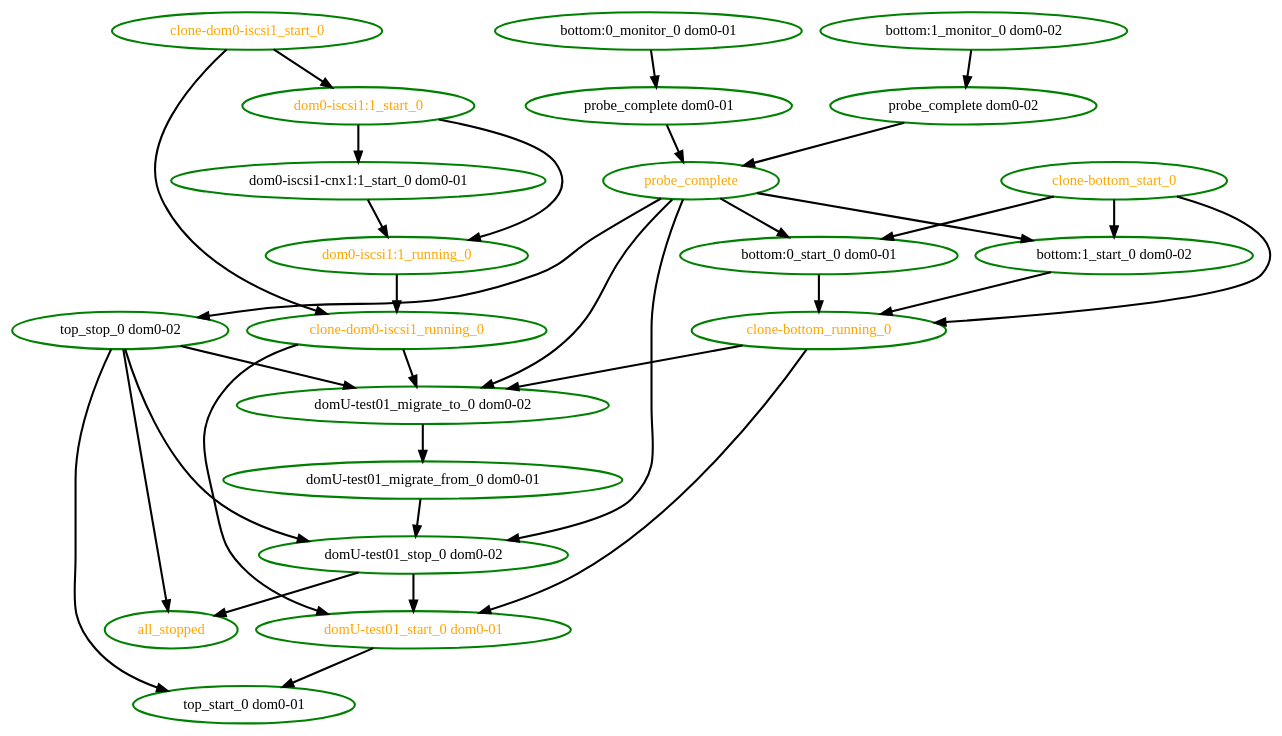
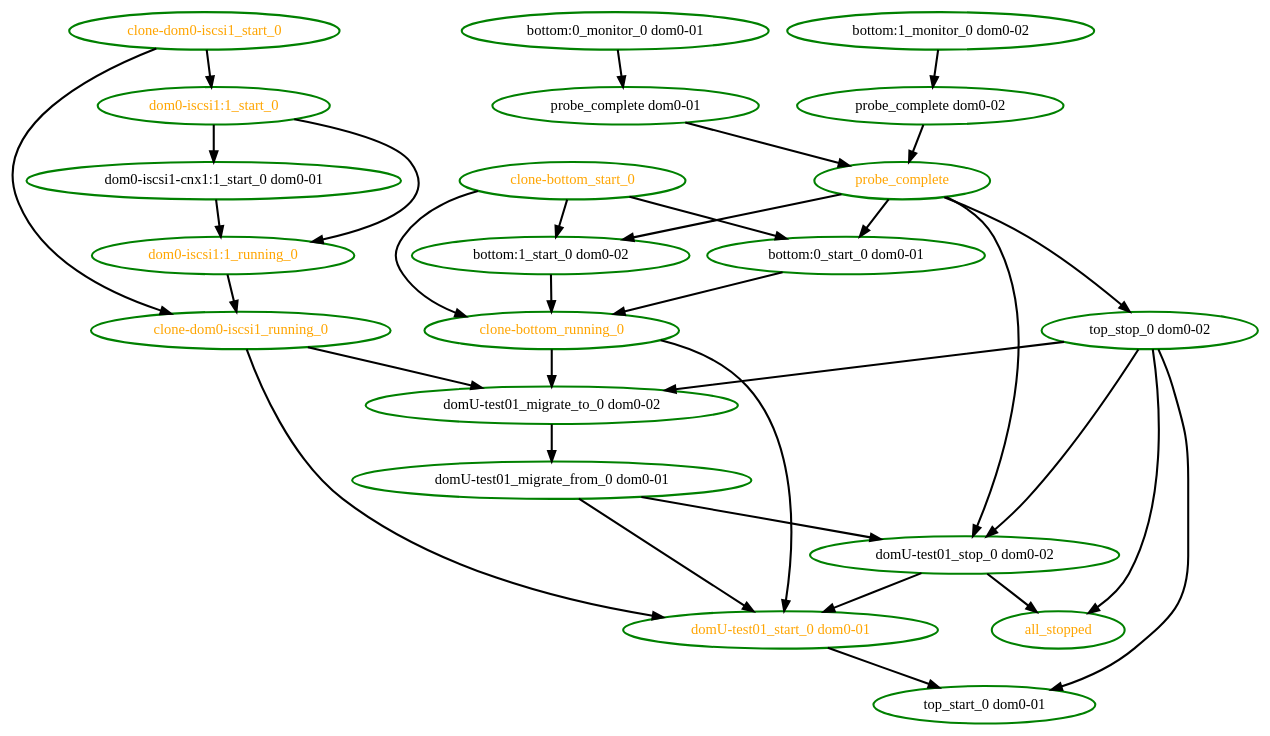
Before and after one commit to ClusterLabs/pacemaker: the diagram in pengine/test10/migrate-start-complex.dot, drawn with Graphviz. The commit also changed 64 other files, not shown here.

```diff
--- a/pengine/test10/migrate-start-complex.dot
+++ b/pengine/test10/migrate-start-complex.dot
@@ -1,56 +1,56 @@
 digraph "g" {
 "all_stopped" [ style=bold color="green" fontcolor="orange" ]
 "bottom:0_monitor_0 dom0-01" -> "probe_complete dom0-01" [ style = bold]
 "bottom:0_monitor_0 dom0-01" [ style=bold color="green" fontcolor="black" ]
 "bottom:0_start_0 dom0-01" -> "clone-bottom_running_0" [ style = bold]
 "bottom:0_start_0 dom0-01" [ style=bold color="green" fontcolor="black" ]
 "bottom:1_monitor_0 dom0-02" -> "probe_complete dom0-02" [ style = bold]
 "bottom:1_monitor_0 dom0-02" [ style=bold color="green" fontcolor="black" ]
 "bottom:1_start_0 dom0-02" -> "clone-bottom_running_0" [ style = bold]
 "bottom:1_start_0 dom0-02" [ style=bold color="green" fontcolor="black" ]
 "clone-bottom_running_0" -> "domU-test01_migrate_to_0 dom0-02" [ style = bold]
 "clone-bottom_running_0" -> "domU-test01_start_0 dom0-01" [ style = bold]
 "clone-bottom_running_0" [ style=bold color="green" fontcolor="orange" ]
 "clone-bottom_start_0" -> "bottom:0_start_0 dom0-01" [ style = bold]
 "clone-bottom_start_0" -> "bottom:1_start_0 dom0-02" [ style = bold]
 "clone-bottom_start_0" -> "clone-bottom_running_0" [ style = bold]
 "clone-bottom_start_0" [ style=bold color="green" fontcolor="orange" ]
 "clone-dom0-iscsi1_running_0" -> "domU-test01_migrate_to_0 dom0-02" [ style = bold]
 "clone-dom0-iscsi1_running_0" -> "domU-test01_start_0 dom0-01" [ style = bold]
 "clone-dom0-iscsi1_running_0" [ style=bold color="green" fontcolor="orange" ]
 "clone-dom0-iscsi1_start_0" -> "clone-dom0-iscsi1_running_0" [ style = bold]
 "clone-dom0-iscsi1_start_0" -> "dom0-iscsi1:1_start_0" [ style = bold]
 "clone-dom0-iscsi1_start_0" [ style=bold color="green" fontcolor="orange" ]
 "dom0-iscsi1-cnx1:1_start_0 dom0-01" -> "dom0-iscsi1:1_running_0" [ style = bold]
 "dom0-iscsi1-cnx1:1_start_0 dom0-01" [ style=bold color="green" fontcolor="black" ]
 "dom0-iscsi1:1_running_0" -> "clone-dom0-iscsi1_running_0" [ style = bold]
 "dom0-iscsi1:1_running_0" [ style=bold color="green" fontcolor="orange" ]
 "dom0-iscsi1:1_start_0" -> "dom0-iscsi1-cnx1:1_start_0 dom0-01" [ style = bold]
 "dom0-iscsi1:1_start_0" -> "dom0-iscsi1:1_running_0" [ style = bold]
 "dom0-iscsi1:1_start_0" [ style=bold color="green" fontcolor="orange" ]
+"domU-test01_migrate_from_0 dom0-01" -> "domU-test01_start_0 dom0-01" [ style = bold]
 "domU-test01_migrate_from_0 dom0-01" -> "domU-test01_stop_0 dom0-02" [ style = bold]
 "domU-test01_migrate_from_0 dom0-01" [ style=bold color="green" fontcolor="black" ]
 "domU-test01_migrate_to_0 dom0-02" -> "domU-test01_migrate_from_0 dom0-01" [ style = bold]
 "domU-test01_migrate_to_0 dom0-02" [ style=bold color="green" fontcolor="black" ]
 "domU-test01_start_0 dom0-01" -> "top_start_0 dom0-01" [ style = bold]
 "domU-test01_start_0 dom0-01" [ style=bold color="green" fontcolor="orange" ]
 "domU-test01_stop_0 dom0-02" -> "all_stopped" [ style = bold]
 "domU-test01_stop_0 dom0-02" -> "domU-test01_start_0 dom0-01" [ style = bold]
 "domU-test01_stop_0 dom0-02" [ style=bold color="green" fontcolor="black" ]
 "probe_complete dom0-01" -> "probe_complete" [ style = bold]
 "probe_complete dom0-01" [ style=bold color="green" fontcolor="black" ]
 "probe_complete dom0-02" -> "probe_complete" [ style = bold]
 "probe_complete dom0-02" [ style=bold color="green" fontcolor="black" ]
 "probe_complete" -> "bottom:0_start_0 dom0-01" [ style = bold]
 "probe_complete" -> "bottom:1_start_0 dom0-02" [ style = bold]
-"probe_complete" -> "domU-test01_migrate_to_0 dom0-02" [ style = bold]
 "probe_complete" -> "domU-test01_stop_0 dom0-02" [ style = bold]
 "probe_complete" -> "top_stop_0 dom0-02" [ style = bold]
 "probe_complete" [ style=bold color="green" fontcolor="orange" ]
 "top_start_0 dom0-01" [ style=bold color="green" fontcolor="black" ]
 "top_stop_0 dom0-02" -> "all_stopped" [ style = bold]
 "top_stop_0 dom0-02" -> "domU-test01_migrate_to_0 dom0-02" [ style = bold]
 "top_stop_0 dom0-02" -> "domU-test01_stop_0 dom0-02" [ style = bold]
 "top_stop_0 dom0-02" -> "top_start_0 dom0-01" [ style = bold]
 "top_stop_0 dom0-02" [ style=bold color="green" fontcolor="black" ]
 }
```
